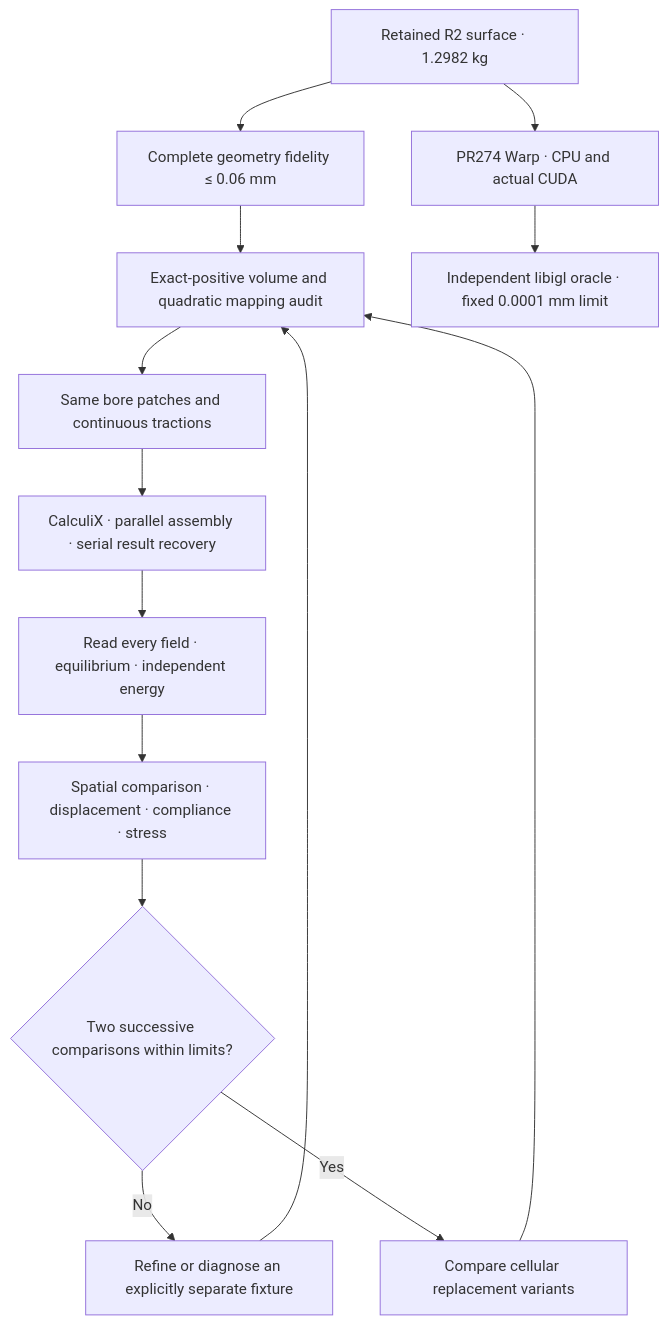
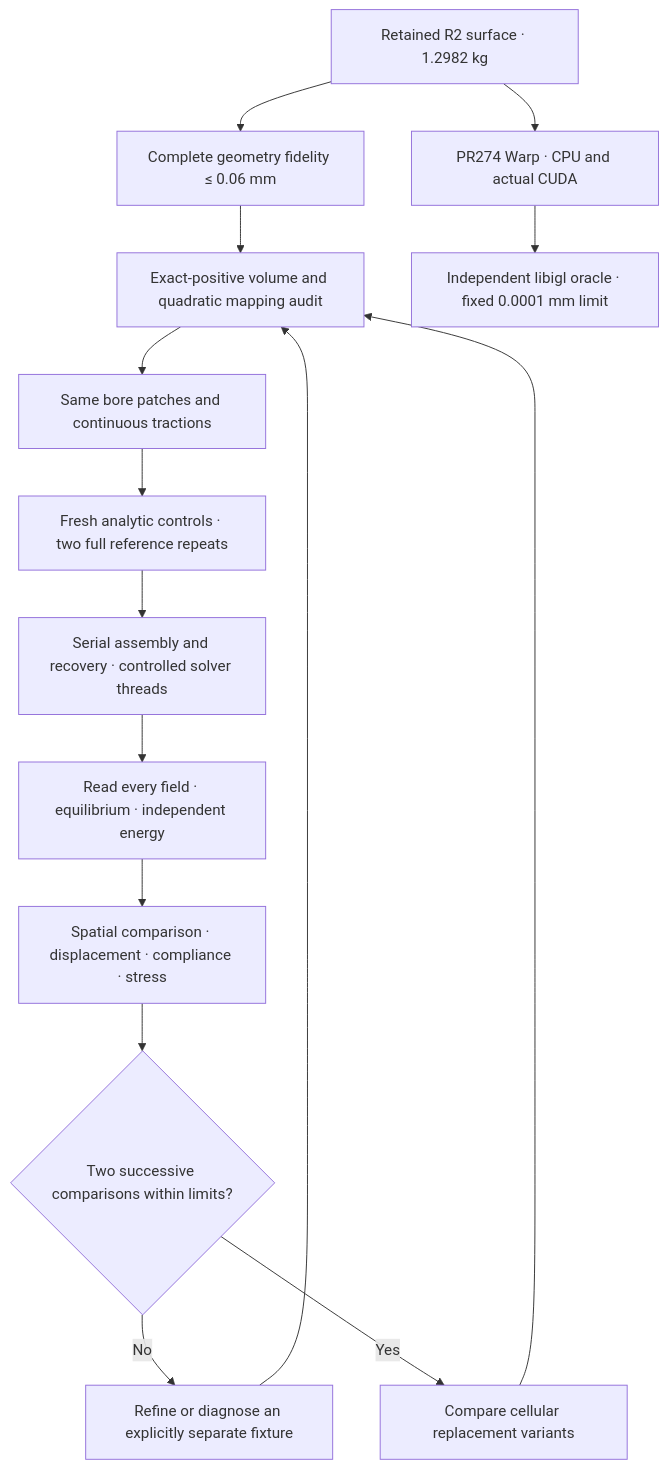
One commit to cluster2600/porscheparts changed the first of 4 diagrams in docs/reports/carrier-convergence-20261022/README.md. Above: the diagram before and after it, drawn with Mermaid. The commit also changed other lines of this file and 41 other files, not shown here.

Commit message:
Retain cross-host solver refusal and tighten reference replay gates

````diff
--- a/docs/reports/carrier-convergence-20261022/README.md
+++ b/docs/reports/carrier-convergence-20261022/README.md
@@ -13,16 +19,17 @@
 ```mermaid
 flowchart TD
     R[Retained R2 surface · 1.2982 kg] --> G[Complete geometry fidelity ≤ 0.06 mm]
     G --> M[Exact-positive volume and quadratic mapping audit]
     M --> L[Same bore patches and continuous tractions]
-    L --> C[CalculiX · parallel assembly · serial result recovery]
-    C --> E[Read every field · equilibrium · independent energy]
+    L --> C[Fresh analytic controls · two full reference repeats]
+    C --> T[Serial assembly and recovery · controlled solver threads]
+    T --> E[Read every field · equilibrium · independent energy]
     E --> H[Spatial comparison · displacement · compliance · stress]
     H --> D{Two successive comparisons within limits?}
     D -->|No| F[Refine or diagnose an explicitly separate fixture]
     F --> M
     D -->|Yes| O[Compare cellular replacement variants]
     O --> M
     R --> W[PR274 Warp · CPU and actual CUDA]
     W --> I[Independent libigl oracle · fixed 0.0001 mm limit]
 ```
````
